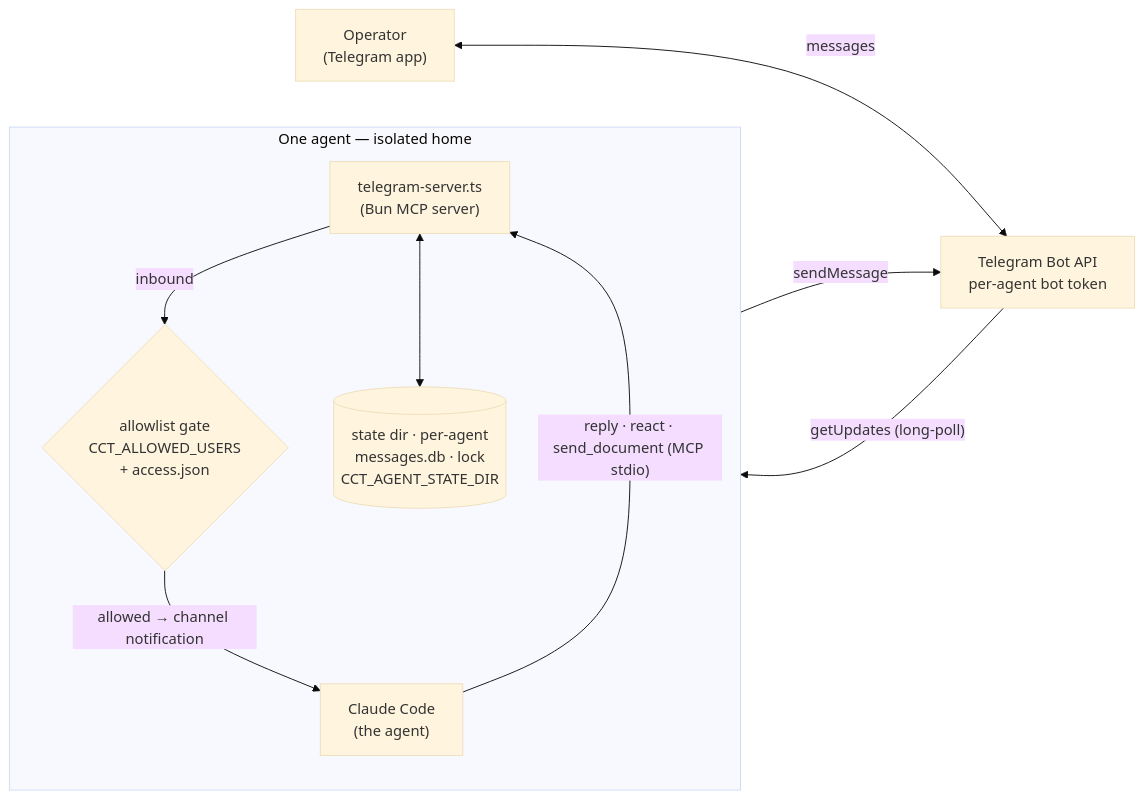
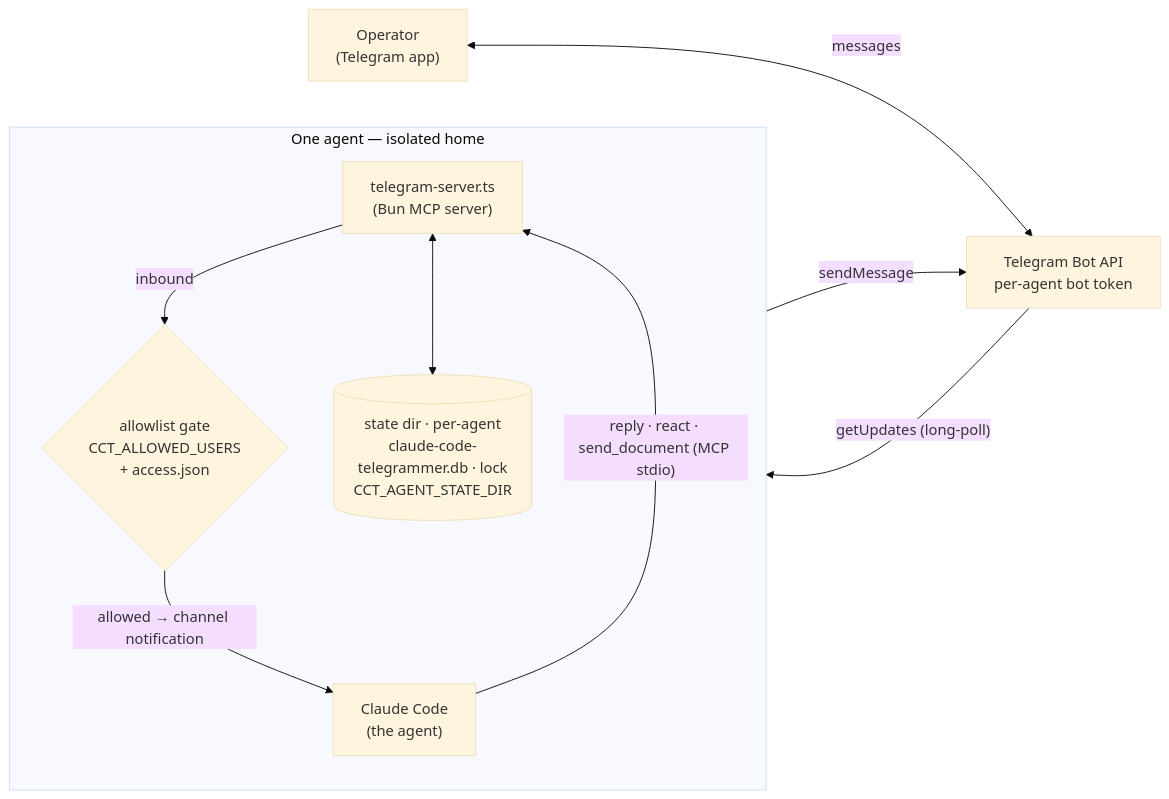
Before and after one commit to ywatanabe1989/claude-code-telegrammer: the diagram in README.md, drawn with Mermaid (base theme). The commit also changed 3 other files, not shown here.

````diff
--- a/README.md
+++ b/README.md
@@ -120,21 +120,21 @@
 ```mermaid
 flowchart LR
     op["Operator<br/>(Telegram app)"]
     bot["Telegram Bot API<br/>per-agent bot token"]
     op <-->|messages| bot
 
     subgraph agent["One agent — isolated home"]
         direction TB
         srv["telegram-server.ts<br/>(Bun MCP server)"]
         gate{"allowlist gate<br/>CCT_ALLOWED_USERS<br/>+ access.json"}
-        db[("state dir · per-agent<br/>messages.db · lock<br/>CCT_AGENT_STATE_DIR")]
+        db[("state dir · per-agent<br/>claude-code-telegrammer.db · lock<br/>CCT_AGENT_STATE_DIR")]
         cc["Claude Code<br/>(the agent)"]
         srv -->|inbound| gate
         gate -->|"allowed → channel notification"| cc
         cc -->|"reply · react · send_document (MCP stdio)"| srv
         srv <--> db
     end
 
     bot -->|"getUpdates (long-poll)"| srv
     srv -->|sendMessage| bot
 ```
````
